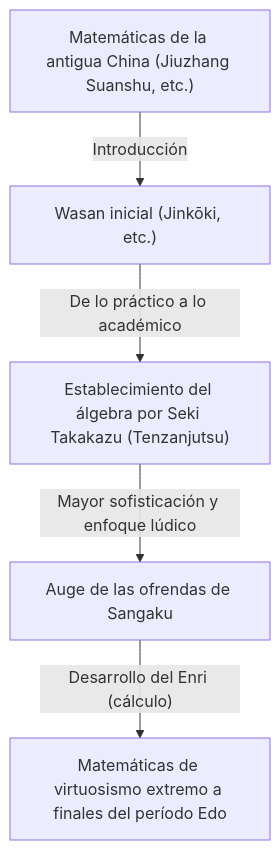
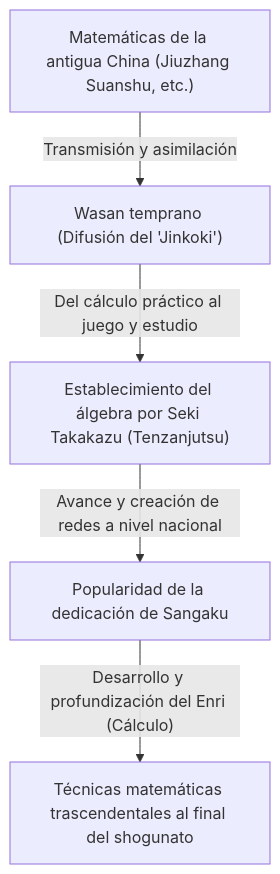
Before and after one commit to kenjinote/blog: the first of 2 diagrams in content/post/history-of-wasan-japanese-mathematics/index.es.md, drawn with Mermaid. The commit also changed other lines of this file and 129 other files, not shown here.

````diff
--- a/content/post/history-of-wasan-japanese-mathematics/index.es.md
+++ b/content/post/history-of-wasan-japanese-mathematics/index.es.md
@@ -17,7 +25,7 @@
 ```mermaid
 graph TD
-    A["Matemáticas de la antigua China (Jiuzhang Suanshu, etc.)"] -- "Introducción" --> B["Wasan inicial (Jinkōki, etc.)"]
-    B -- "De lo práctico a lo académico" --> C["Establecimiento del álgebra por Seki Takakazu (Tenzanjutsu)"]
-    C -- "Mayor sofisticación y enfoque lúdico" --> D["Auge de las ofrendas de Sangaku"]
-    D -- "Desarrollo del Enri (cálculo)" --> E["Matemáticas de virtuosismo extremo a finales del período Edo"]
+    A["Matemáticas de la antigua China (Jiuzhang Suanshu, etc.)"] -- "Transmisión y asimilación" --> B["Wasan temprano (Difusión del 'Jinkoki')"]
+    B -- "Del cálculo práctico al juego y estudio" --> C["Establecimiento del álgebra por Seki Takakazu (Tenzanjutsu)"]
+    C -- "Avance y creación de redes a nivel nacional" --> D["Popularidad de la dedicación de Sangaku"]
+    D -- "Desarrollo y profundización del Enri (Cálculo)" --> E["Técnicas matemáticas trascendentales al final del shogunato"]
 ```
````
